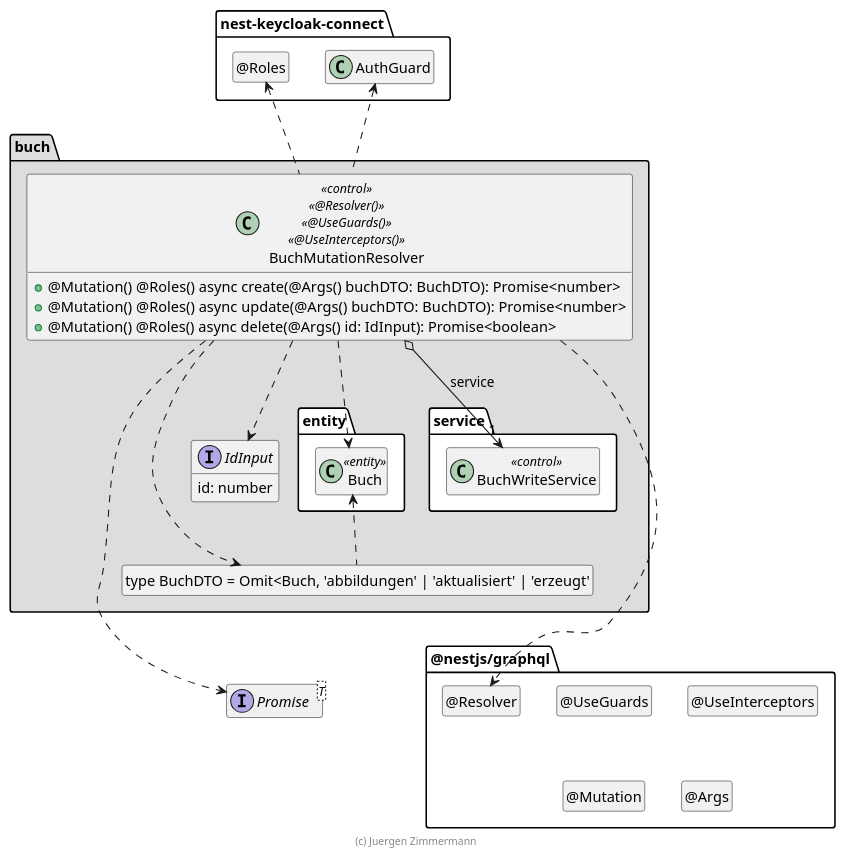
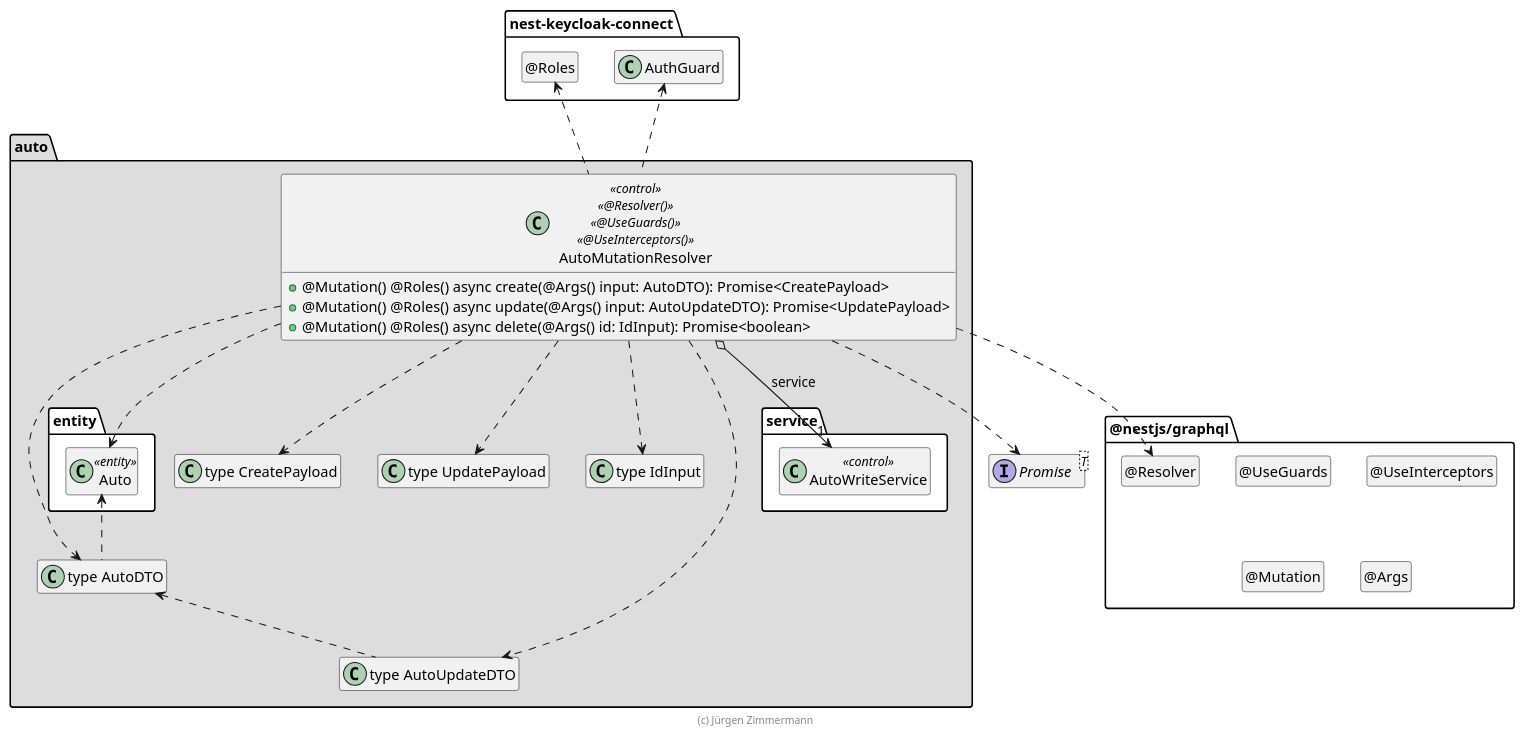
Before and after one commit to Philipp3857/auto-1: the diagram in .extras/doc/projekthandbuch/BuchMutationResolver.plantuml, drawn with PlantUML. The commit also changed other lines of this file and 13 other files, not shown here.

Commit message:
Plant-UML

```diff
--- a/.extras/doc/projekthandbuch/BuchMutationResolver.plantuml
+++ b/.extras/doc/projekthandbuch/BuchMutationResolver.plantuml
@@ -18,71 +1,70 @@
 @startuml Controller-Klasse
 
 interface Promise<T>
 
 package @nestjs/graphql {
   class "@Resolver" as Resolver
   hide Resolver circle
 
   class "@UseGuards" as UseGuards
   hide UseGuards circle
 
   class "@UseInterceptors" as UseInterceptors
   hide UseInterceptors circle
 
   class "@Mutation" as Mutation
   hide Mutation circle
 
   class "@Args" as Args
   hide Args circle
 }
 
 package nest-keycloak-connect {
   class AuthGuard
-
   class "@Roles" as Roles
   hide Roles circle
 }
 
-package buch #DDDDDD {
+package auto #DDDDDD {
   package entity #FFFFFF {
-    class Buch <<entity>>
+    class Auto <<entity>>
   }
 
   package service #FFFFFF {
-    class BuchWriteService << control >>
+    class AutoWriteService << control >>
   }
 
-  class "type BuchDTO = Omit<Buch, 'abbildungen' | 'aktualisiert' | 'erzeugt'" as BuchDTO
-  hide BuchDTO circle
+  class "type AutoDTO" as AutoDTO
+  class "type AutoUpdateDTO" as AutoUpdateDTO
+  class "type CreatePayload" as CreatePayload
+  class "type UpdatePayload" as UpdatePayload
+  class "type IdInput" as IdInput
 
-    interface IdInput {
-        id: number
-    }
-
-  class BuchMutationResolver << control >> << @Resolver() >> << @UseGuards() >> << @UseInterceptors() >> {
-    + @Mutation() @Roles() async create(@Args() buchDTO: BuchDTO): Promise<number>
-    + @Mutation() @Roles() async update(@Args() buchDTO: BuchDTO): Promise<number>
+  class AutoMutationResolver << control >> << @Resolver() >> << @UseGuards() >> << @UseInterceptors() >> {
+    + @Mutation() @Roles() async create(@Args() input: AutoDTO): Promise<CreatePayload>
+    + @Mutation() @Roles() async update(@Args() input: AutoUpdateDTO): Promise<UpdatePayload>
     + @Mutation() @Roles() async delete(@Args() id: IdInput): Promise<boolean>
   }
 
-  BuchMutationResolver o-down-> "1" BuchWriteService : service
+  AutoMutationResolver o-down-> "1" AutoWriteService : service
 
-  BuchMutationResolver ..> Buch
-  BuchMutationResolver ..> BuchDTO
-  BuchMutationResolver ..> IdInput
-  BuchDTO .up.> Buch
-  BuchMutationResolver ..> Promise
-  BuchMutationResolver ..> Resolver
+  AutoMutationResolver ..> AutoDTO
+  AutoMutationResolver ..> AutoUpdateDTO
+  AutoMutationResolver ..> CreatePayload
+  AutoMutationResolver ..> UpdatePayload
+  AutoMutationResolver ..> IdInput
+  AutoMutationResolver ..> Auto
+  AutoMutationResolver ..> Promise
+  AutoMutationResolver ..> Resolver
+  AutoMutationResolver .up.> AuthGuard
+  AutoMutationResolver .up.> Roles
 
-  BuchMutationResolver .up.> AuthGuard
-  BuchMutationResolver .up.> Roles
-
-  BuchDTO .[hidden].> Promise
-  BuchDTO .[hidden].> Resolver
+  AutoDTO .up.> Auto
+  AutoUpdateDTO .up.> AutoDTO
 }
 
 hide empty members
 
-footer (c) Juergen Zimmermann
+footer (c) Jürgen Zimmermann
 
 @enduml
```
